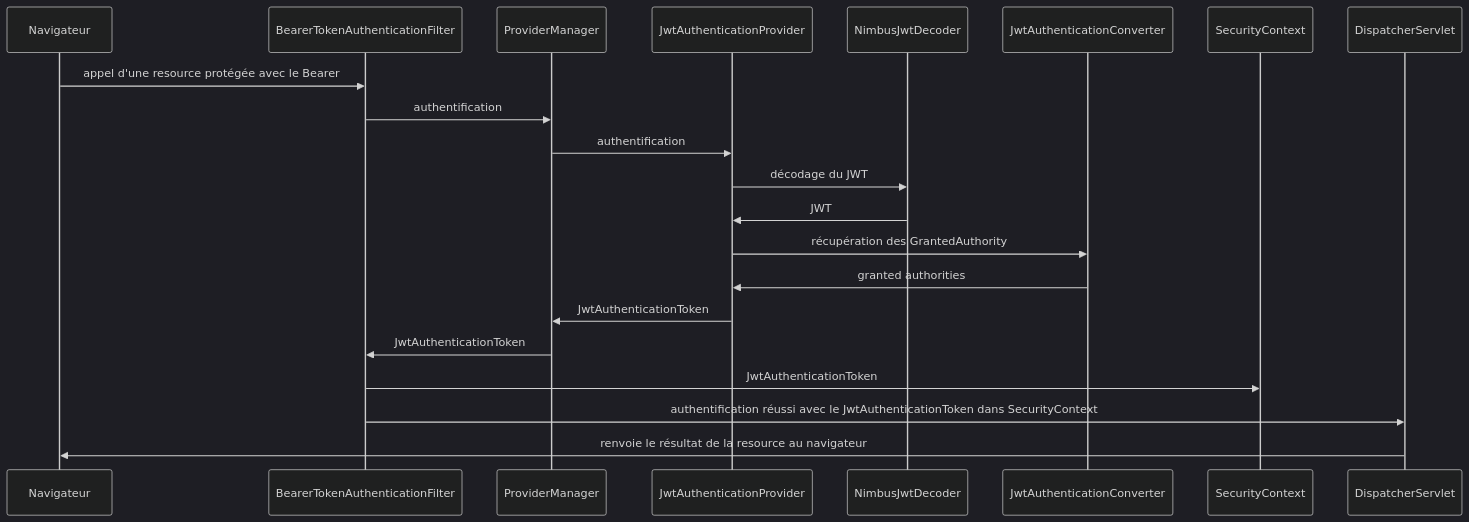
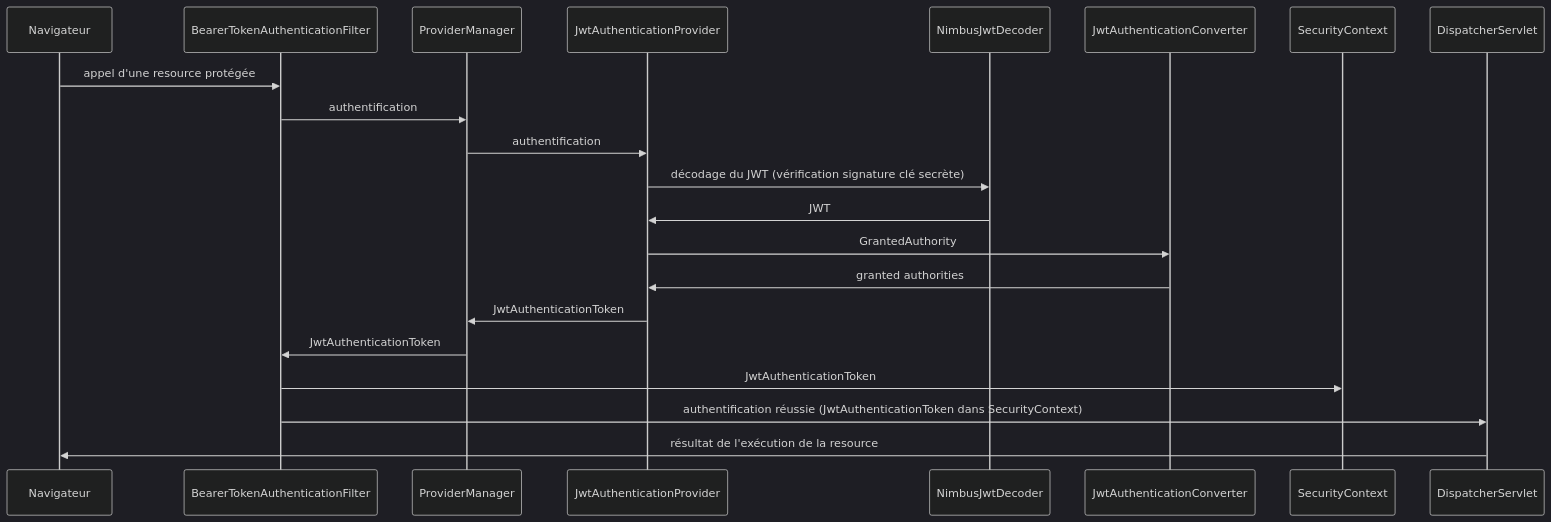
The second of 4 diagrams in README.md (frigaux/api-cotations-boursieres), drawn with Mermaid (dark theme) before and after one commit. The commit also changed other lines of this file, not shown here.

Commit message:
Mise à jour du diagramme de séquence dans le README.md

````diff
--- a/README.md
+++ b/README.md
@@ -33,15 +33,15 @@
 ```mermaid
   sequenceDiagram
-    Navigateur->>BearerTokenAuthenticationFilter: appel d'une resource protégée avec le Bearer
+    Navigateur->>BearerTokenAuthenticationFilter: appel d'une resource protégée
     BearerTokenAuthenticationFilter->>ProviderManager: authentification
     ProviderManager->>JwtAuthenticationProvider: authentification
-    JwtAuthenticationProvider->>NimbusJwtDecoder: décodage du JWT
+    JwtAuthenticationProvider->>NimbusJwtDecoder: décodage du JWT (vérification signature clé secrète)
     NimbusJwtDecoder->>JwtAuthenticationProvider: JWT
-    JwtAuthenticationProvider->>JwtAuthenticationConverter: récupération des GrantedAuthority
+    JwtAuthenticationProvider->>JwtAuthenticationConverter: GrantedAuthority
     JwtAuthenticationConverter->>JwtAuthenticationProvider: granted authorities
     JwtAuthenticationProvider->>ProviderManager: JwtAuthenticationToken
     ProviderManager->>BearerTokenAuthenticationFilter: JwtAuthenticationToken
     BearerTokenAuthenticationFilter->>SecurityContext: JwtAuthenticationToken
-    BearerTokenAuthenticationFilter->>DispatcherServlet: authentification réussi avec le JwtAuthenticationToken dans SecurityContext
-    DispatcherServlet->>Navigateur: renvoie le résultat de la resource au navigateur
+    BearerTokenAuthenticationFilter->>DispatcherServlet: authentification réussie (JwtAuthenticationToken dans SecurityContext)
+    DispatcherServlet->>Navigateur: résultat de l'exécution de la resource
 ```
````
